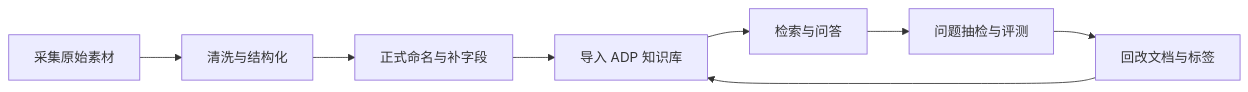
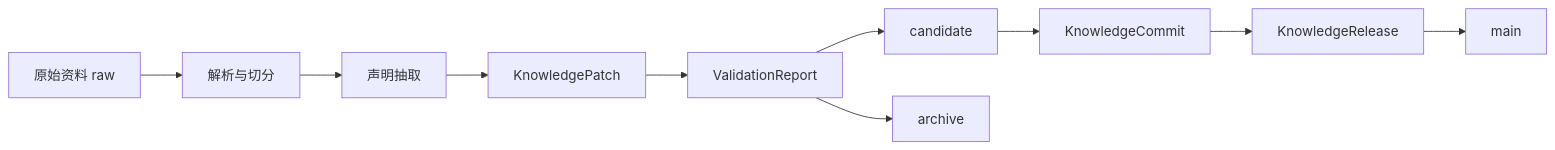
One commit to chenqsq/doc-showcase changed the diagram in doc/智能体文档/平台层/AI主导学习平台-知识库结构与契约.md. Above: the diagram before and after it, drawn with Mermaid. The commit also changed other lines of this file and 10 other files, not shown here.

````diff
--- a/doc/智能体文档/平台层/AI主导学习平台-知识库结构与契约.md
+++ b/doc/智能体文档/平台层/AI主导学习平台-知识库结构与契约.md
@@ -276,10 +128,12 @@
 ```mermaid
 flowchart LR
-    A[采集原始素材] --> B[清洗与结构化]
-    B --> C[正式命名与补字段]
-    C --> D[导入 ADP 知识库]
-    D --> E[检索与问答]
-    E --> F[问题抽检与评测]
-    F --> G[回改文档与标签]
-    G --> D
+    A[原始资料 raw] --> B[解析与切分]
+    B --> C[声明抽取]
+    C --> D[KnowledgePatch]
+    D --> E[ValidationReport]
+    E --> F[candidate]
+    E --> G[archive]
+    F --> H[KnowledgeCommit]
+    H --> I[KnowledgeRelease]
+    I --> J[main]
 ```
````
